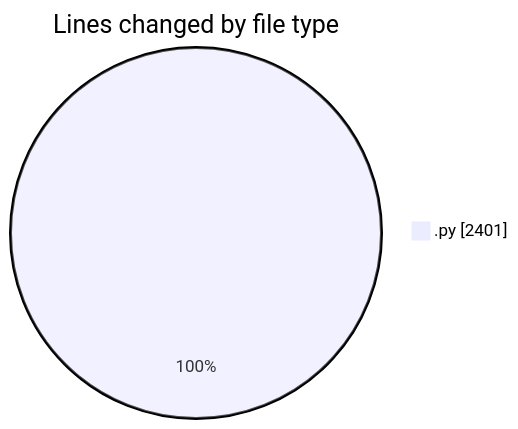
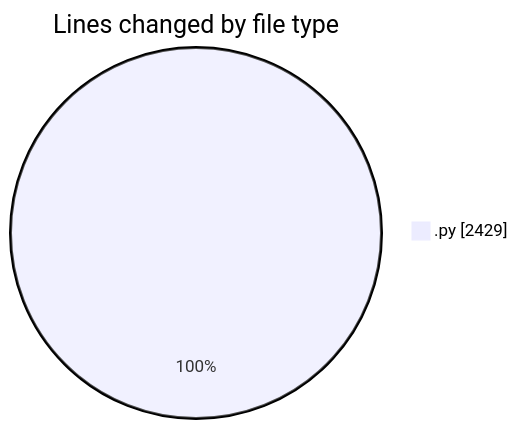
The first of 2 diagrams in 2025-04-19/myws__workspace_/README.md (MatusMokan/code-tracking), drawn with Mermaid before and after one commit. The commit also changed other lines of this file and 1 other file, not shown here.

````diff
--- a/2025-04-19/myws__workspace_/README.md
+++ b/2025-04-19/myws__workspace_/README.md
@@ -25,5 +25,5 @@
 ```mermaid
 pie showData
 title Lines changed by file type
-".py" : 2401
+".py" : 2429
 ```
````
